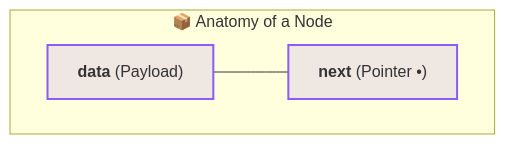
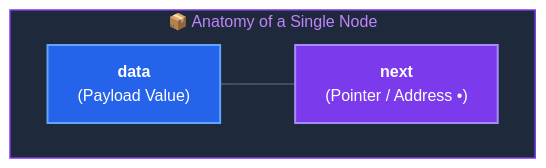
One commit to abhinavbharti2345/CS_Notes changed the second of 11 diagrams in CS/DSA/03. Linked Lists/01. Linked List Fundamentals.md. Above: the diagram before and after it, drawn with Mermaid. The commit also changed other lines of this file and 195 other files, not shown here.

````diff
--- a/CS/DSA/03. Linked Lists/01. Linked List Fundamentals.md
+++ b/CS/DSA/03. Linked Lists/01. Linked List Fundamentals.md
@@ -82,10 +87,15 @@
 ```mermaid
+%%{init: {'theme': 'base', 'themeVariables': { 'darkMode': true, 'background': '#0B0F14', 'mainBkg': '#111827', 'primaryColor': '#111827', 'primaryTextColor': '#F8FAFC', 'primaryBorderColor': '#38BDF8', 'lineColor': '#64748B', 'secondaryColor': '#0B0F14', 'tertiaryColor': '#0B0F14', 'clusterBkg': '#0B0F14', 'clusterBorder': '#38BDF8' }}}%%
 flowchart LR
-    subgraph NodeArch ["📦 Anatomy of a Node"]
+    subgraph NodeArch ["📦 Anatomy of a Single Node"]
         direction LR
-        D["<b>data</b> (Payload)"] --- P["<b>next</b> (Pointer •)"]
+        D["<b>data</b><br/>(Payload Value)"] --- P["<b>next</b><br/>(Pointer / Address •)"]
     end
 
-    classDef nodePart fill:#8b5cf625,stroke:#8b5cf6,stroke-width:2px;
-    class D,P nodePart;
+    style NodeArch fill:#1e293b,stroke:#7c3aed,stroke-width:1.5px,color:#c084fc
+
+    classDef dataBox fill:#2563eb,stroke:#60a5fa,stroke-width:2px,color:#ffffff;
+    classDef nextBox fill:#7c3aed,stroke:#a78bfa,stroke-width:2px,color:#ffffff;
+    class D dataBox;
+    class P nextBox;
 ```
````
